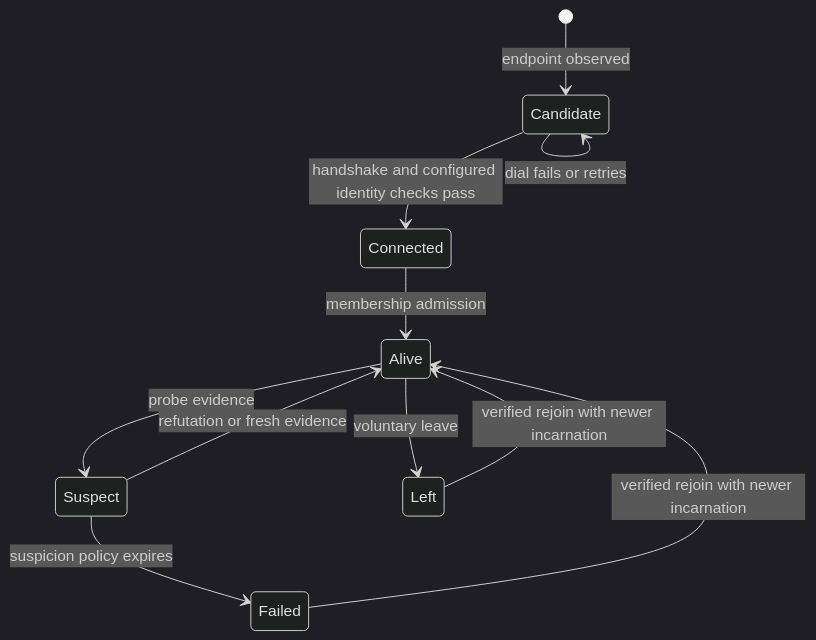
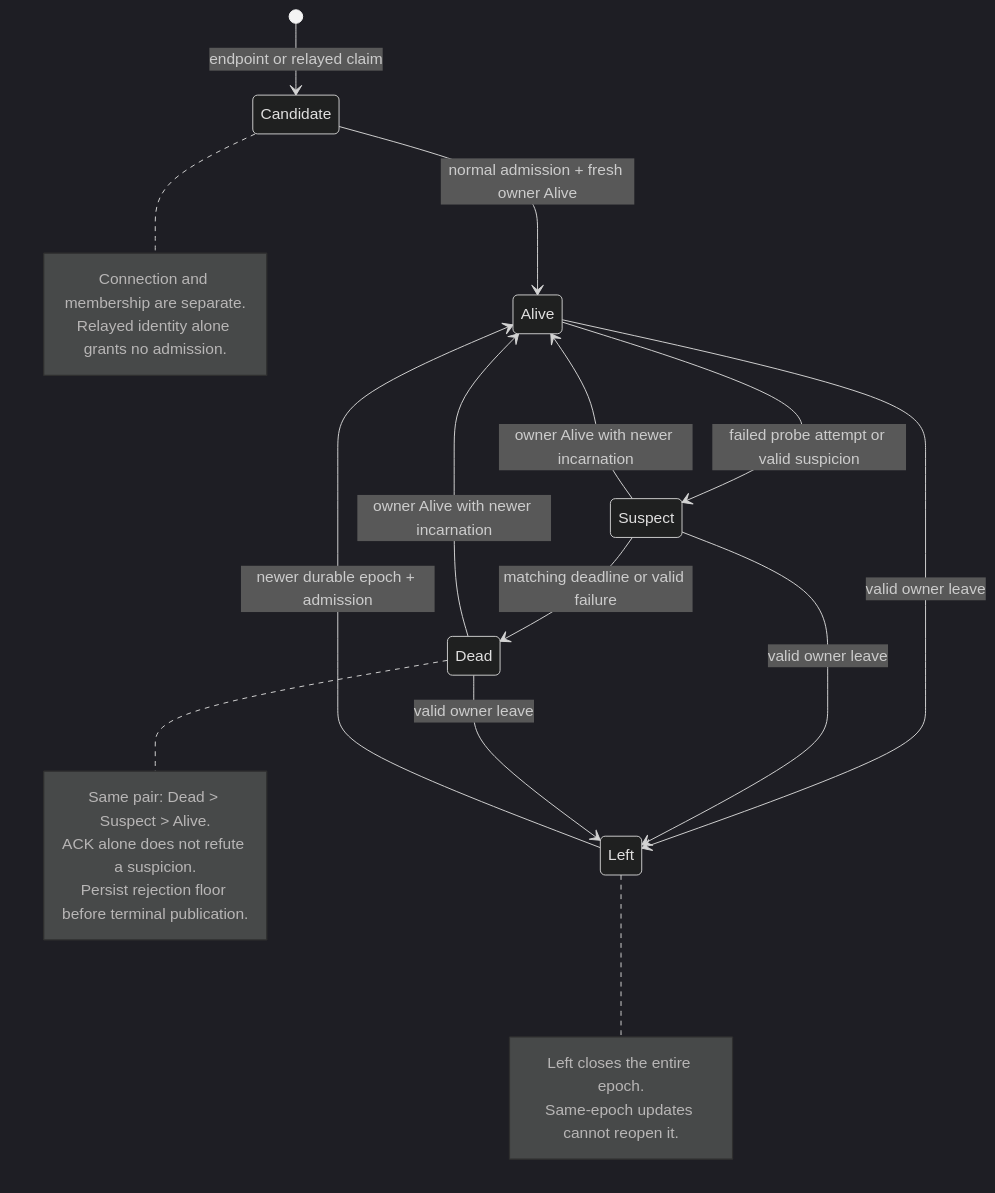
One commit to GianIac/numax changed the diagram in docs/nx-site/public/diagrams/peer-discovery/membership.mmd. Above: the diagram before and after it, drawn with Mermaid (dark theme). The commit also changed 4 other files, not shown here.

Commit message:
docs: Membership, trust, and failure detection

```diff
--- a/docs/nx-site/public/diagrams/peer-discovery/membership.mmd
+++ b/docs/nx-site/public/diagrams/peer-discovery/membership.mmd
@@ -1,11 +1,27 @@
 stateDiagram-v2
-    [*] --> Candidate: endpoint observed
-    Candidate --> Connected: handshake and configured identity checks pass
-    Candidate --> Candidate: dial fails or retries
-    Connected --> Alive: membership admission
-    Alive --> Suspect: probe evidence
-    Suspect --> Alive: refutation or fresh evidence
-    Suspect --> Failed: suspicion policy expires
-    Alive --> Left: voluntary leave
-    Failed --> Alive: verified rejoin with newer incarnation
-    Left --> Alive: verified rejoin with newer incarnation
+    direction TB
+    accTitle: Proposed membership state machine
+    accDescr: Admission establishes Alive. Suspicion and matching failure evidence advance state. Only a newer owner announcement refutes suspicion or death; leave closes the epoch and requires a newer epoch to rejoin.
+    [*] --> Candidate: endpoint or relayed claim
+    Candidate --> Alive: normal admission + fresh owner Alive
+    Alive --> Suspect: failed probe attempt or valid suspicion
+    Suspect --> Dead: matching deadline or valid failure
+    Suspect --> Alive: owner Alive with newer incarnation
+    Dead --> Alive: owner Alive with newer incarnation
+    Alive --> Left: valid owner leave
+    Suspect --> Left: valid owner leave
+    Dead --> Left: valid owner leave
+    Left --> Alive: newer durable epoch + admission
+    note right of Candidate
+        Connection and membership are separate.
+        Relayed identity alone grants no admission.
+    end note
+    note right of Dead
+        Same pair: Dead > Suspect > Alive.
+        ACK alone does not refute a suspicion.
+        Persist rejection floor before terminal publication.
+    end note
+    note right of Left
+        Left closes the entire epoch.
+        Same-epoch updates cannot reopen it.
+    end note
```
